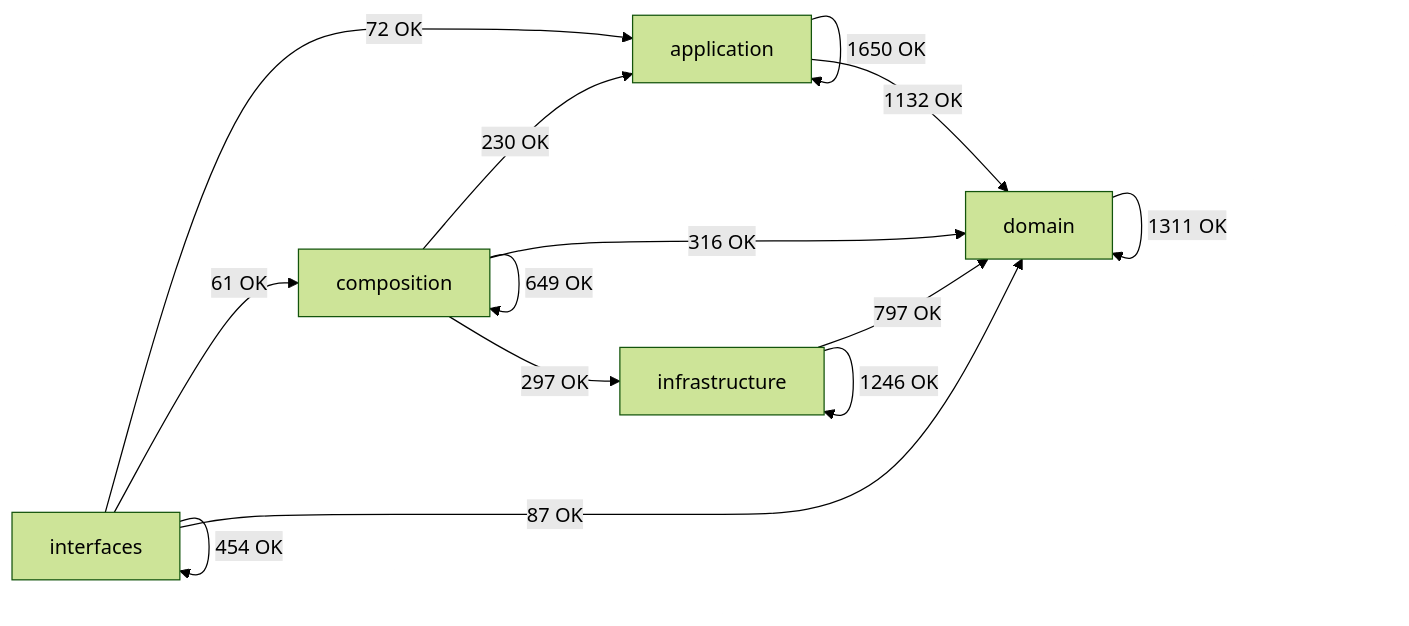
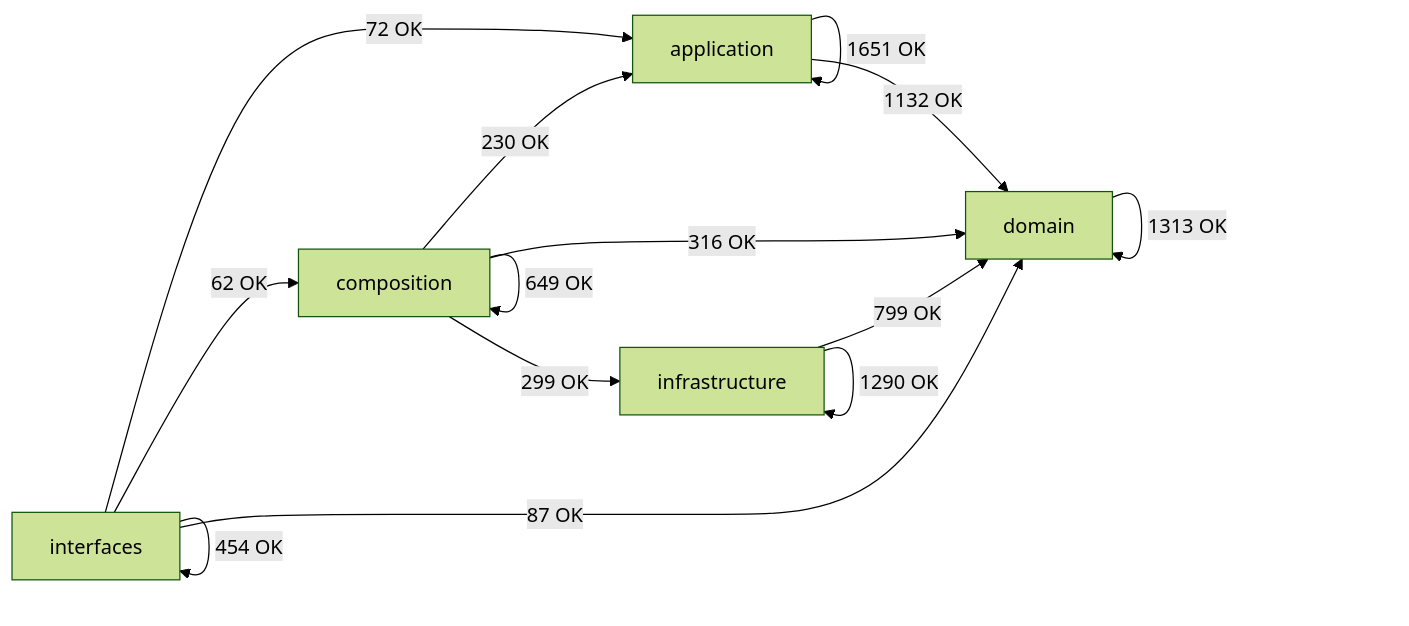
One commit to SatoryKono/BioactivityDataAcquisition changed the diagram in docs/02-architecture/generated/module-dependency-map.md. Above: the diagram before and after it, drawn with Mermaid (forest theme). The commit also changed other lines of this file and 254 other files, not shown here.

````diff
--- a/docs/02-architecture/generated/module-dependency-map.md
+++ b/docs/02-architecture/generated/module-dependency-map.md
@@ -17,21 +17,21 @@
 ```mermaid
 flowchart LR
     domain[domain]
     application[application]
     infrastructure[infrastructure]
     composition[composition]
     interfaces[interfaces]
-    application -->|1650 OK| application
+    application -->|1651 OK| application
     application -->|1132 OK| domain
     composition -->|230 OK| application
     composition -->|649 OK| composition
     composition -->|316 OK| domain
-    composition -->|297 OK| infrastructure
-    domain -->|1311 OK| domain
-    infrastructure -->|797 OK| domain
-    infrastructure -->|1246 OK| infrastructure
+    composition -->|299 OK| infrastructure
+    domain -->|1313 OK| domain
+    infrastructure -->|799 OK| domain
+    infrastructure -->|1290 OK| infrastructure
     interfaces -->|72 OK| application
-    interfaces -->|61 OK| composition
+    interfaces -->|62 OK| composition
     interfaces -->|87 OK| domain
     interfaces -->|454 OK| interfaces
 ```
````
